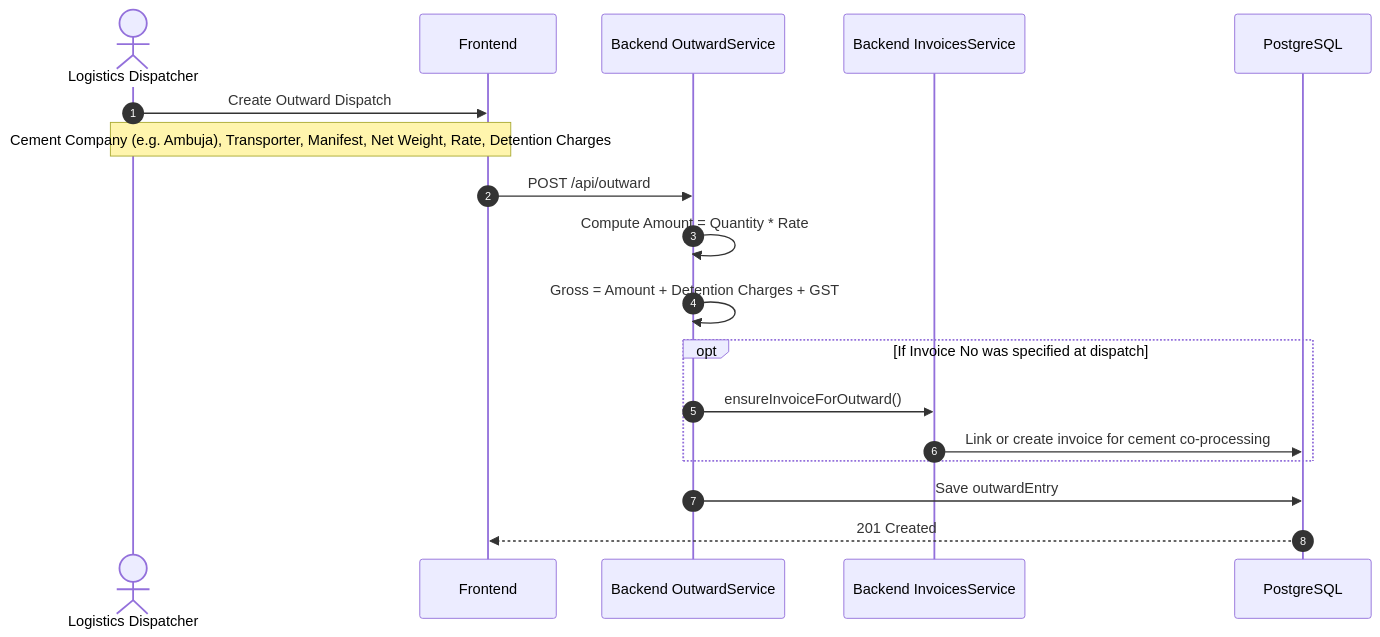
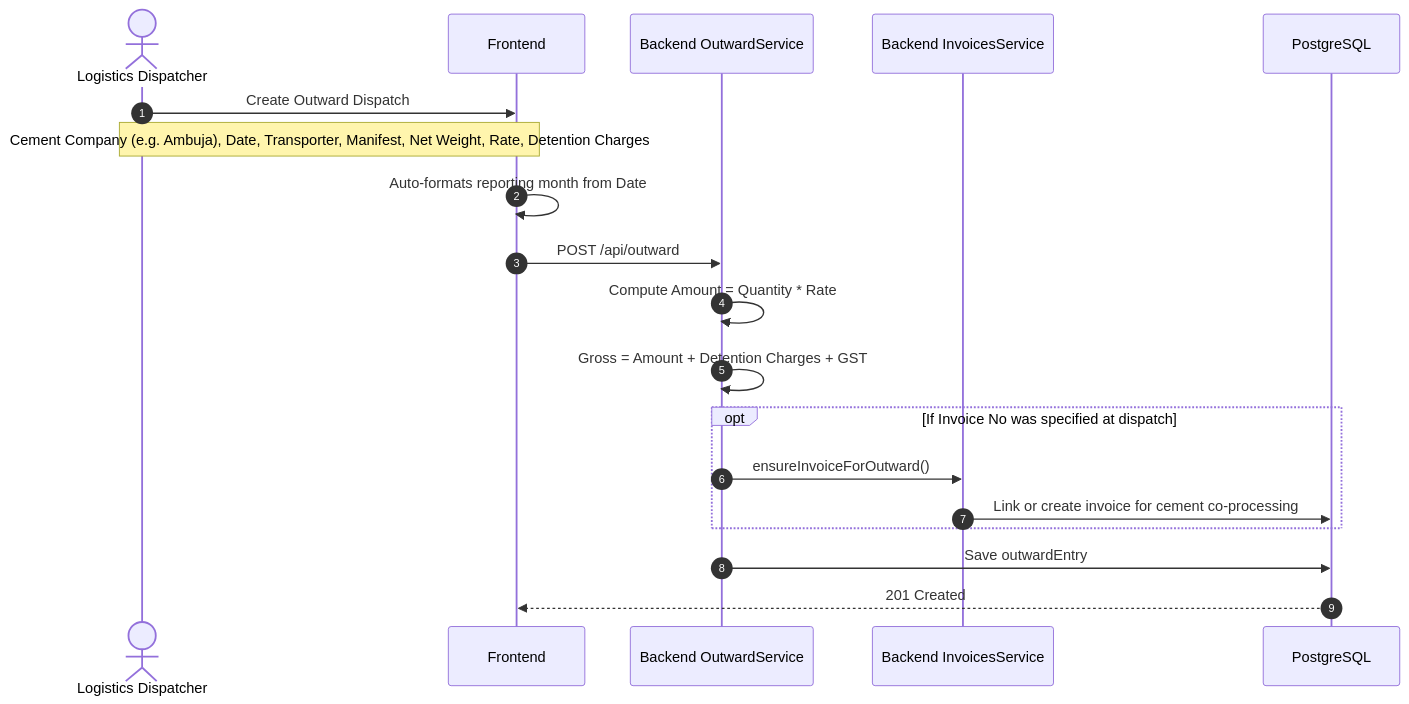
Before and after one commit to tarunatech/GHMC: the sixth of 7 diagrams in PROJECT_DOCUMENTATION.md, drawn with Mermaid. The commit also changed other lines of this file, not shown here.

````diff
--- a/PROJECT_DOCUMENTATION.md
+++ b/PROJECT_DOCUMENTATION.md
@@ -295,21 +321,22 @@
 ```mermaid
 sequenceDiagram
     autonumber
     actor Logistics as Logistics Dispatcher
     participant Frontend
     participant OutwardService as Backend OutwardService
     participant InvoicesService as Backend InvoicesService
     participant DB as PostgreSQL
 
     Logistics->>Frontend: Create Outward Dispatch
-    Note over Logistics,Frontend: Cement Company (e.g. Ambuja), Transporter, Manifest, Net Weight, Rate, Detention Charges
+    Note over Logistics,Frontend: Cement Company (e.g. Ambuja), Date, Transporter, Manifest, Net Weight, Rate, Detention Charges
+    Frontend->>Frontend: Auto-formats reporting month from Date
     Frontend->>OutwardService: POST /api/outward
     OutwardService->>OutwardService: Compute Amount = Quantity * Rate
     OutwardService->>OutwardService: Gross = Amount + Detention Charges + GST
     opt If Invoice No was specified at dispatch
         OutwardService->>InvoicesService: ensureInvoiceForOutward()
         InvoicesService->>DB: Link or create invoice for cement co-processing
     end
     OutwardService->>DB: Save outwardEntry
     DB-->>Frontend: 201 Created
 ```
````
